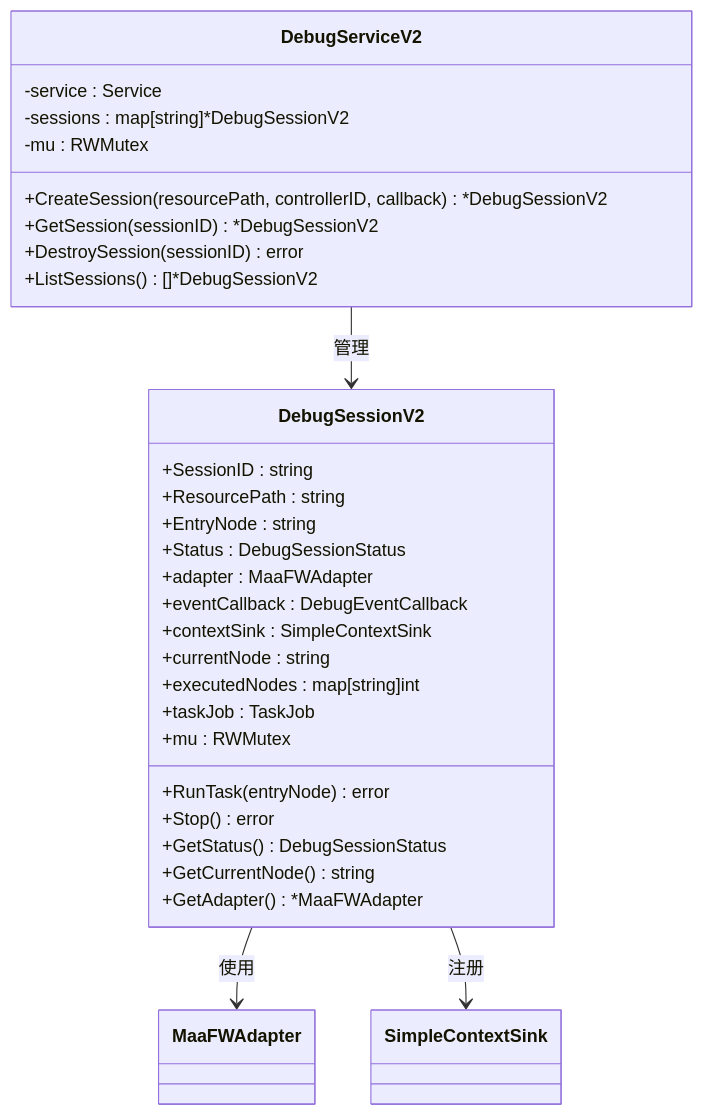
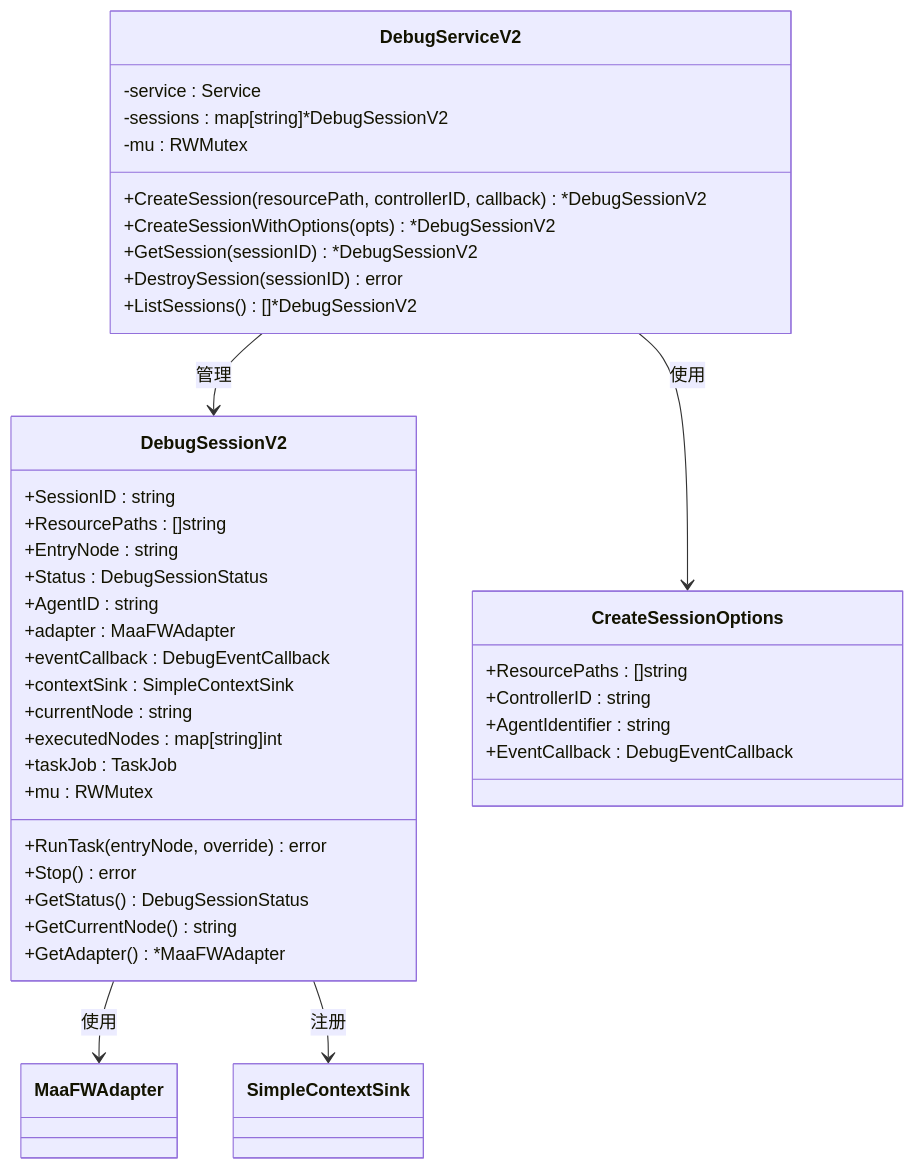
One commit to kqcoxn/MaaPipelineEditor changed the third of 7 diagrams in .qoder/repowiki/zh/content/核心概念/调试服务 V2.md. Above: the diagram before and after it, drawn with Mermaid. The commit also changed other lines of this file and 10 other files, not shown here.

````diff
--- a/.qoder/repowiki/zh/content/核心概念/调试服务 V2.md
+++ b/.qoder/repowiki/zh/content/核心概念/调试服务 V2.md
@@ -148,33 +158,42 @@
 ```mermaid
 classDiagram
 class DebugServiceV2 {
 -service : Service
 -sessions : map[string]*DebugSessionV2
 -mu : RWMutex
 +CreateSession(resourcePath, controllerID, callback) *DebugSessionV2
++CreateSessionWithOptions(opts) *DebugSessionV2
 +GetSession(sessionID) *DebugSessionV2
 +DestroySession(sessionID) error
 +ListSessions() []*DebugSessionV2
 }
 class DebugSessionV2 {
 +SessionID : string
-+ResourcePath : string
++ResourcePaths : []string
 +EntryNode : string
 +Status : DebugSessionStatus
++AgentID : string
 +adapter : MaaFWAdapter
 +eventCallback : DebugEventCallback
 +contextSink : SimpleContextSink
 +currentNode : string
 +executedNodes : map[string]int
 +taskJob : TaskJob
 +mu : RWMutex
-+RunTask(entryNode) error
++RunTask(entryNode, override) error
 +Stop() error
 +GetStatus() DebugSessionStatus
 +GetCurrentNode() string
 +GetAdapter() *MaaFWAdapter
 }
+class CreateSessionOptions {
++ResourcePaths : []string
++ControllerID : string
++AgentIdentifier : string
++EventCallback : DebugEventCallback
+}
 DebugServiceV2 --> DebugSessionV2 : 管理
+DebugServiceV2 --> CreateSessionOptions : 使用
 DebugSessionV2 --> MaaFWAdapter : 使用
 DebugSessionV2 --> SimpleContextSink : 注册
 ```
````
